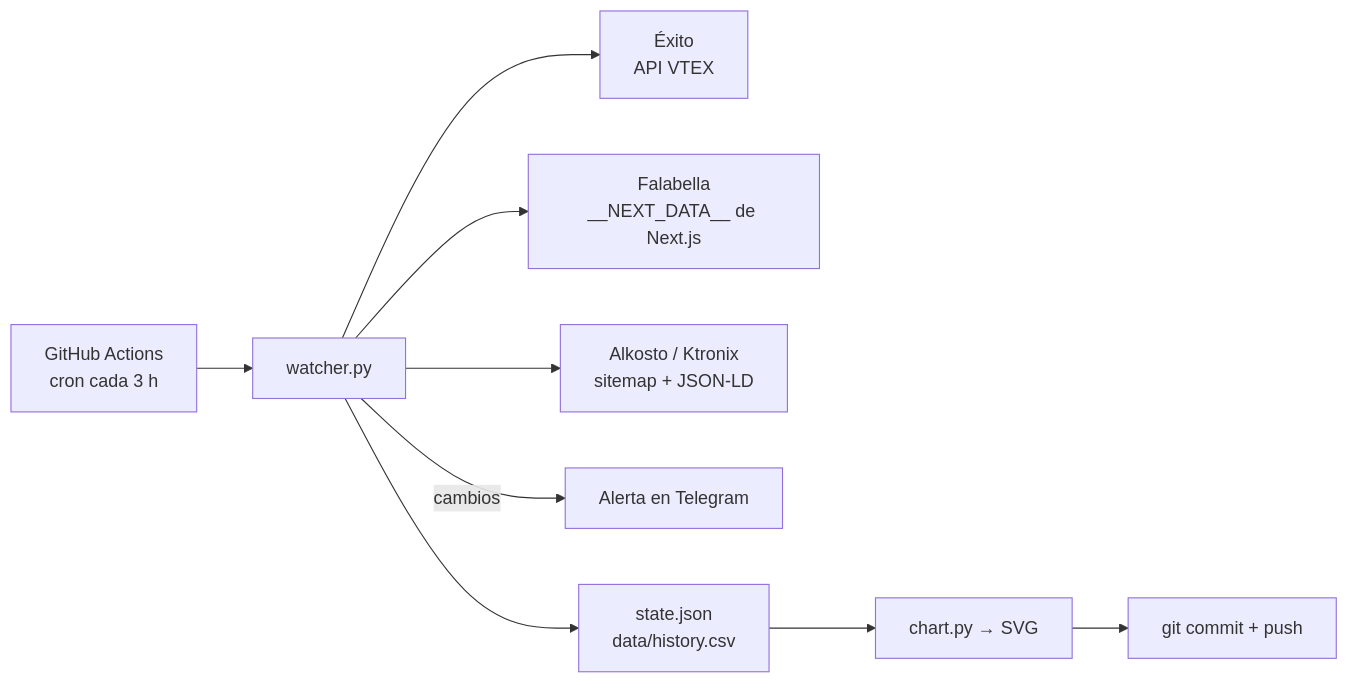
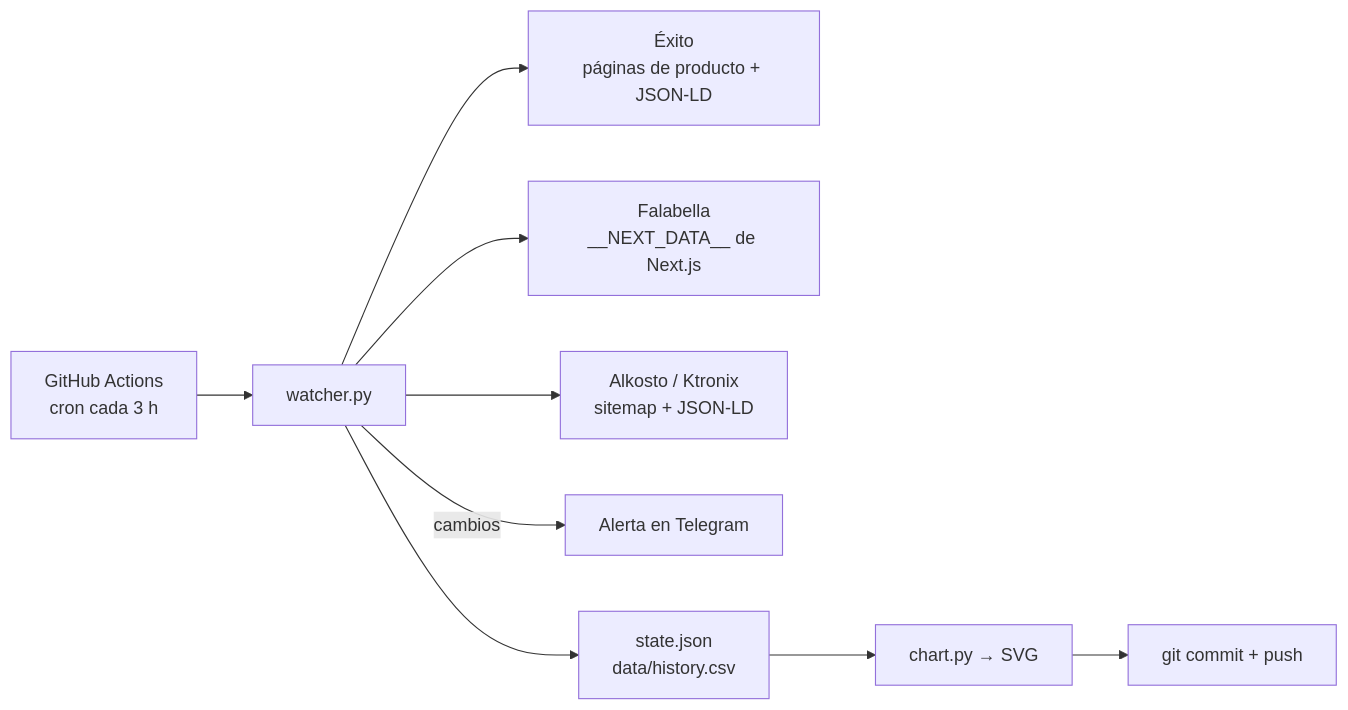
One commit to DonadoM/ps5-pro-watcher changed the diagram in README.md. Above: the diagram before and after it, drawn with Mermaid. The commit also changed other lines of this file and 3 other files, not shown here.

First line of the commit message:
Respect Exito robots.txt: read product pages instead of its API

````diff
--- a/README.md
+++ b/README.md
@@ -24,11 +24,11 @@
 ```mermaid
 flowchart LR
     cron["GitHub Actions<br/>cron cada 3 h"] --> watcher["watcher.py"]
-    watcher --> exito["Éxito<br/>API VTEX"]
+    watcher --> exito["Éxito<br/>páginas de producto + JSON-LD"]
     watcher --> falabella["Falabella<br/>__NEXT_DATA__ de Next.js"]
     watcher --> alkosto["Alkosto / Ktronix<br/>sitemap + JSON-LD"]
     watcher -- "cambios" --> telegram["Alerta en Telegram"]
     watcher --> files["state.json<br/>data/history.csv"]
     files --> chart["chart.py → SVG"]
     chart --> commit["git commit + push"]
 ```
````
